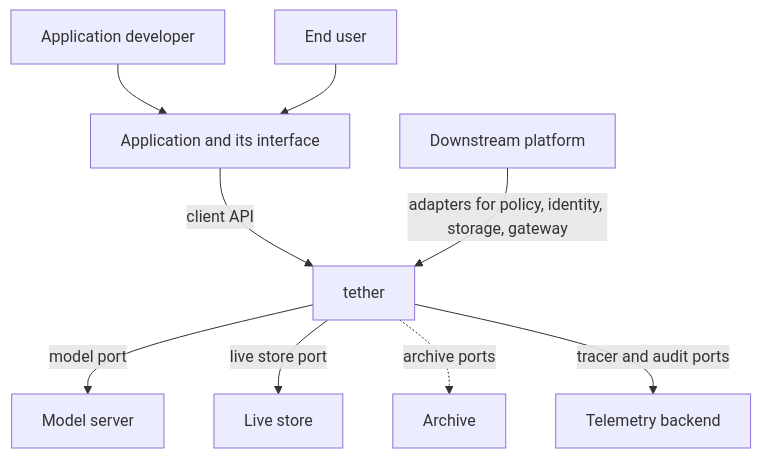
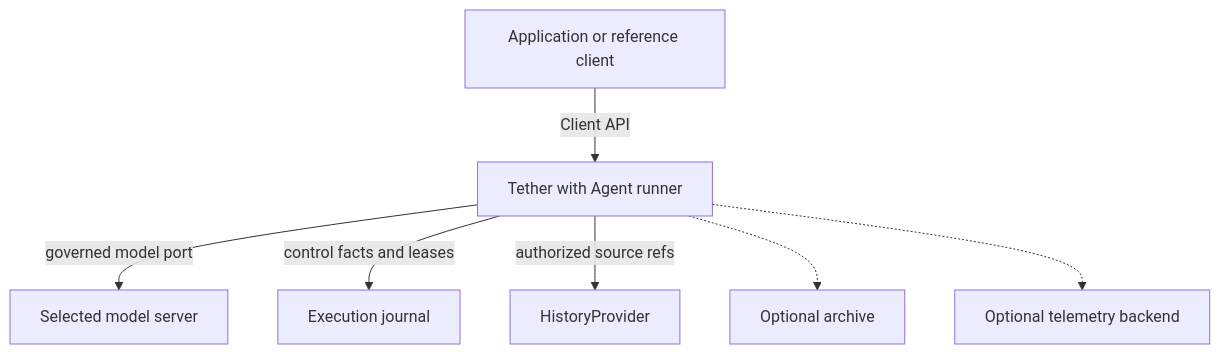
The first of 3 diagrams in docs/helix/02-design/architecture.md (DocumentDrivenDX/tether), drawn with Mermaid before and after one commit. The commit also changed other lines of this file and 121 other files, not shown here.

````diff
--- a/docs/helix/02-design/architecture.md
+++ b/docs/helix/02-design/architecture.md
@@ -71,11 +85,9 @@
 ```mermaid
 graph TB
-    Dev[Application developer] --> App[Application and its interface]
-    User[End user] --> App
-    App -->|client API| T[tether]
-    T -->|model port| M[Model server]
-    T -->|live store port| S[Live store]
-    T -.->|archive ports| A[Archive]
-    T -->|tracer and audit ports| O[Telemetry backend]
-    P[Downstream platform] -->|adapters for policy, identity, storage, gateway| T
+    App[Application or reference client] -->|Client API| T[Tether with Agent runner]
+    T -->|governed model port| M[Selected model server]
+    T -->|control facts and leases| J[Execution journal]
+    T -->|authorized source refs| H[HistoryProvider]
+    T -.-> A[Optional archive]
+    T -.-> O[Optional telemetry backend]
 ```
````
